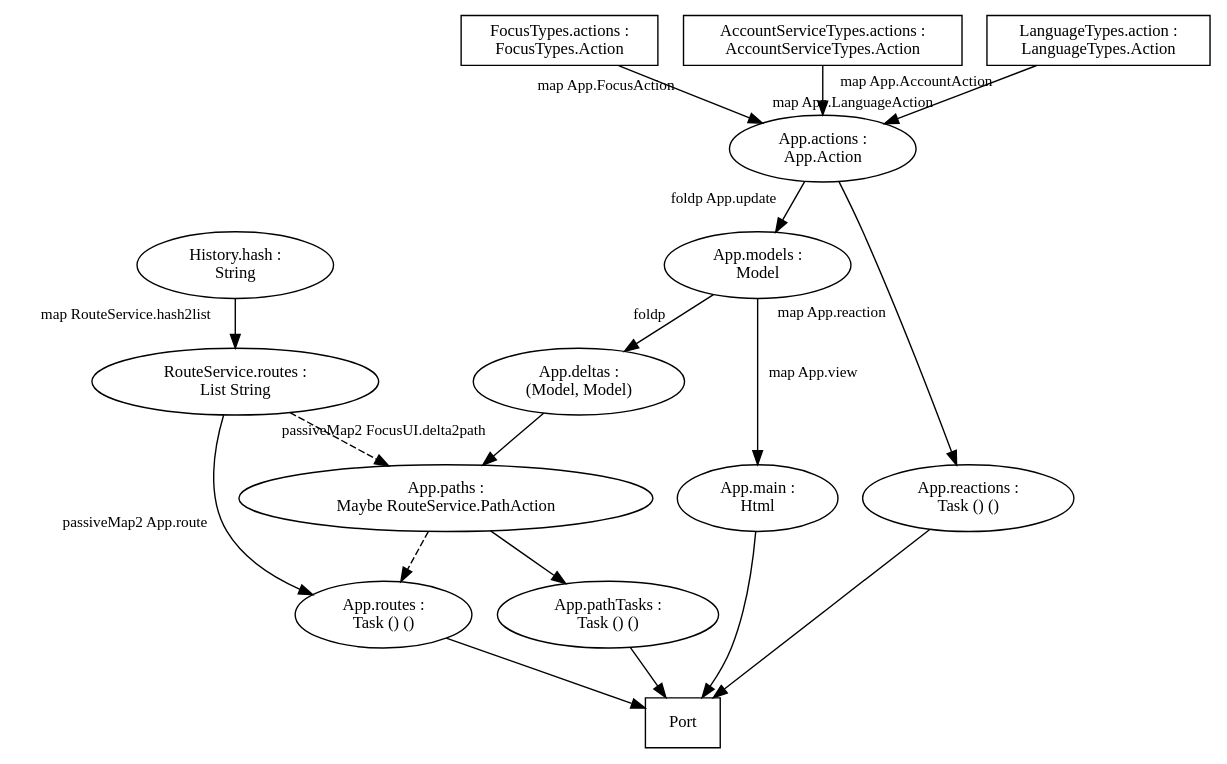
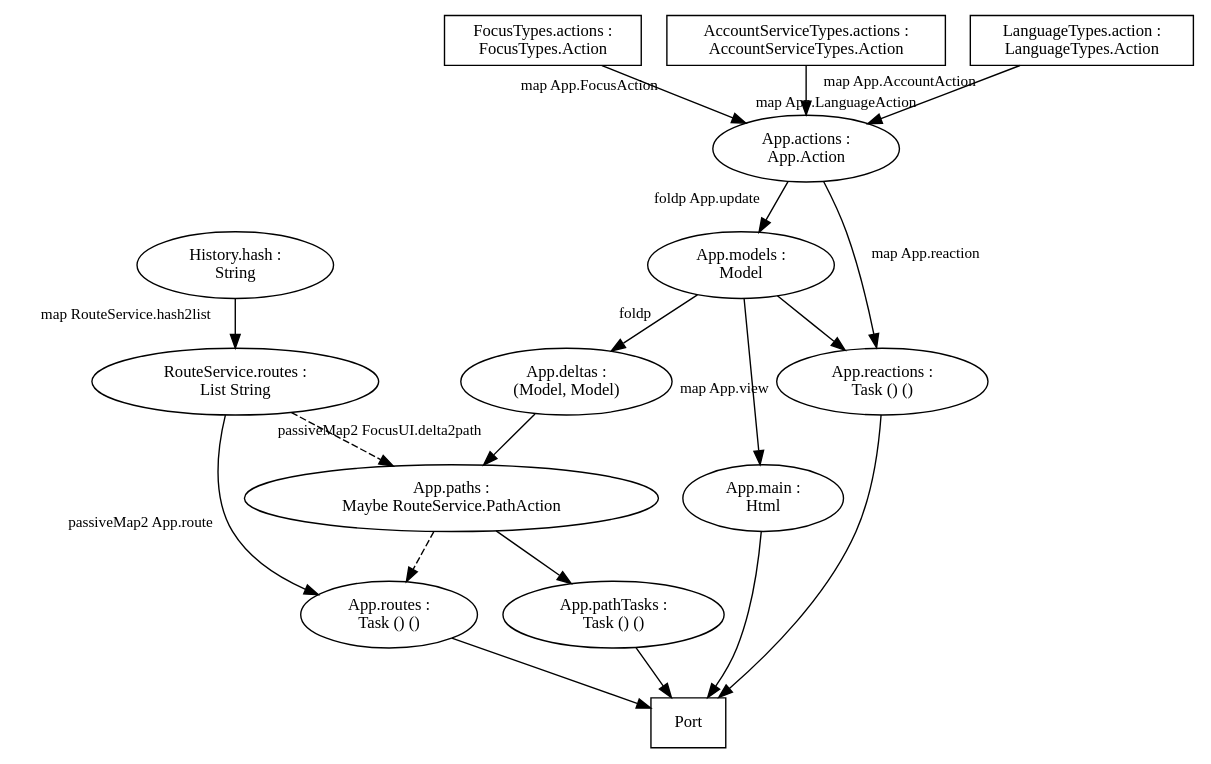
One commit to rgrempel/csrs-elm changed the diagram in src/main/elm/Signals.gv. Above: the diagram before and after it, drawn with Graphviz. The commit also changed 12 other files, not shown here.

```diff
--- a/src/main/elm/Signals.gv
+++ b/src/main/elm/Signals.gv
@@ -1,129 +1,131 @@
 digraph "signals" {
     node
         [ fontsize = 12
         ];
     
     edge 
         [ fontsize = 11
         , labelfloat = true
         ];
 
     port
         [ label = "Port"
         , shape = "box"
         ]
 
     app_actions 
         [ label = "App.actions :\nApp.Action"
         ];
 
     focus_actions
         [ label = "FocusTypes.actions :\nFocusTypes.Action"
         , shape = polygon
         ];
 
     account_actions
         [ label = "AccountServiceTypes.actions :\nAccountServiceTypes.Action"
         , shape = polygon
         ];
 
     language_actions
         [ label = "LanguageTypes.action :\nLanguageTypes.Action"
         , shape = polygon
         ];
 
     app_models
         [ label = "App.models :\nModel"
         ];
 
     focus_actions -> app_actions
         [ xlabel = "map App.FocusAction"
         ];
 
     account_actions -> app_actions
         [ xlabel = "map App.AccountAction"
         ];
 
     language_actions -> app_actions
         [ xlabel = "        map App.LanguageAction"
         ];
 
     app_actions -> app_models
         [ xlabel = "foldp App.update"
         ];
 
     app_deltas
         [ label = "App.deltas :\n(Model, Model)"
         ];
 
     app_models -> app_deltas
         [ xlabel = "foldp"
         ];
 
     app_main
         [ label = "App.main :\nHtml"
         ];
 
     app_main -> port
 
     app_models -> app_main
         [ xlabel = "map App.view"
         ];
 
     app_reactions
        [ label = "App.reactions :\nTask () ()"
        ];
 
     app_reactions -> port
 
     app_actions -> app_reactions
         [ xlabel = "map App.reaction"
         ];
 
+    app_models -> app_reactions
+
     history_hash
         [ label = "History.hash :\nString"
         ];
 
     route_routes
         [ label = "RouteService.routes :\nList String"
         ];
 
     history_hash -> route_routes
         [ xlabel = "map RouteService.hash2list"
         ];
 
     app_paths
         [ label = "App.paths :\nMaybe RouteService.PathAction"
         ];
 
     app_deltas -> app_paths
         [ xlabel = "passiveMap2 FocusUI.delta2path"
         ];
 
     route_routes -> app_paths
         [ style = "dashed"
         ];
 
     app_path_tasks 
         [ label = "App.pathTasks :\nTask () ()"
         ];
 
     app_paths -> app_path_tasks
 
     app_path_tasks -> port
 
     app_routes
         [ label = "App.routes :\nTask () ()"
         ];
 
     app_routes -> port
 
     route_routes -> app_routes
         [ xlabel = "passiveMap2 App.route"
         ];
 
     app_paths -> app_routes
         [ style = "dashed"
         ];
 
 }
```
